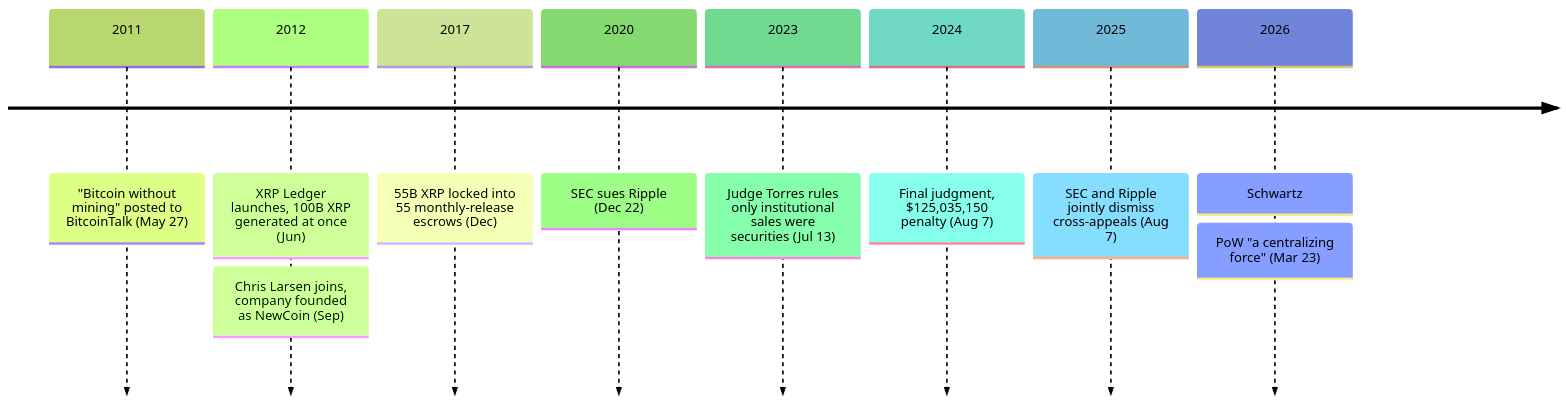
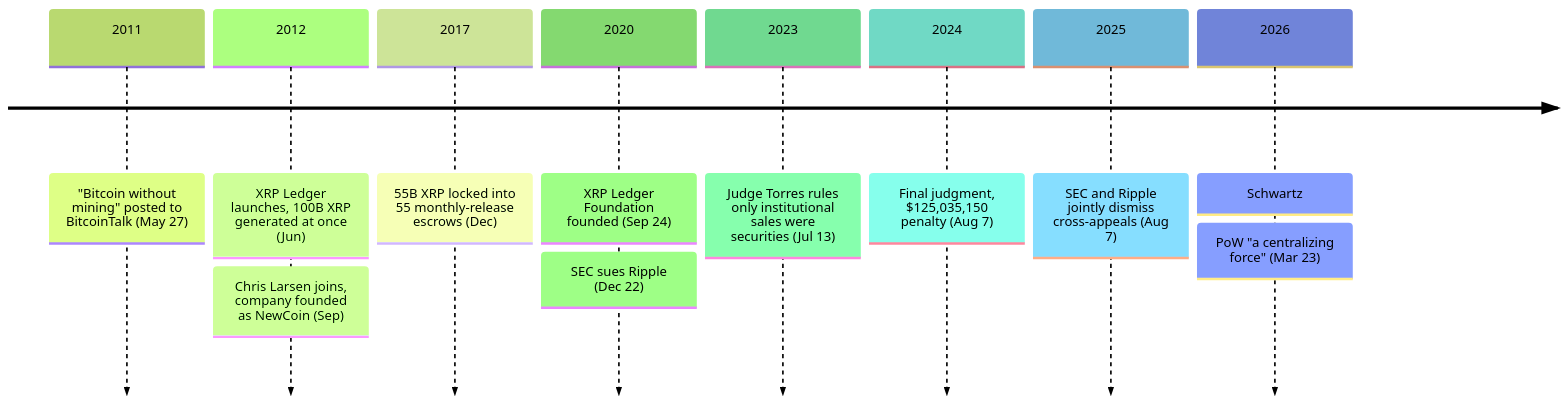
Before and after one commit to cypher256/BitcoinArchive: the diagram in src/data/entries/en/currency/2026-07-27-xrp-currency-overview.md, drawn with Mermaid (forest theme). The commit also changed other lines of this file and 16 other files, not shown here.

````diff
--- a/src/data/entries/en/currency/2026-07-27-xrp-currency-overview.md
+++ b/src/data/entries/en/currency/2026-07-27-xrp-currency-overview.md
@@ -79,13 +79,14 @@
 ```mermaid
 timeline
     2011 : "Bitcoin without mining" posted to BitcoinTalk (May 27)
     2012 : XRP Ledger launches, 100B XRP generated at once (Jun)
          : Chris Larsen joins, company founded as NewCoin (Sep)
     %% link: /BitcoinArchive/participants/chris-larsen/
     2017 : 55B XRP locked into 55 monthly-release escrows (Dec)
-    2020 : SEC sues Ripple (Dec 22)
+    2020 : XRP Ledger Foundation founded (Sep 24)
+         : SEC sues Ripple (Dec 22)
     2023 : Judge Torres rules only institutional sales were securities (Jul 13)
     2024 : Final judgment, $125,035,150 penalty (Aug 7)
     2025 : SEC and Ripple jointly dismiss cross-appeals (Aug 7)
     2026 : Schwartz: PoW "a centralizing force" (Mar 23)
 ```
````
